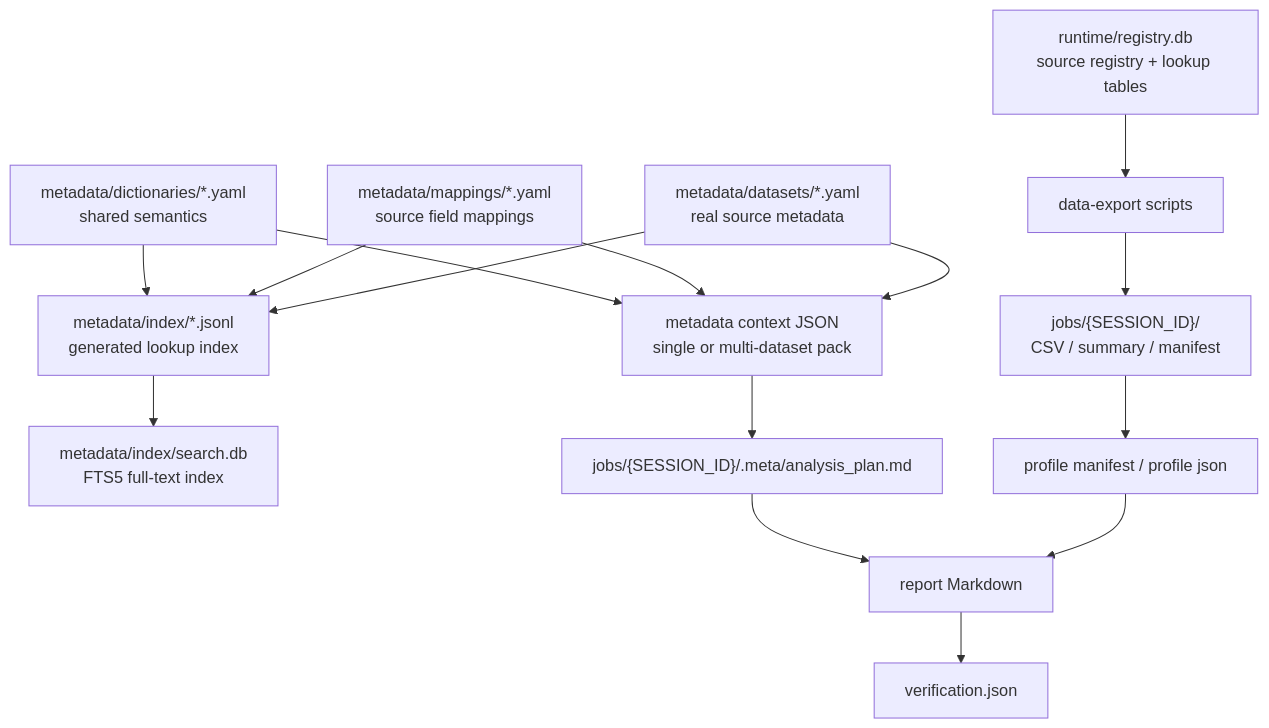
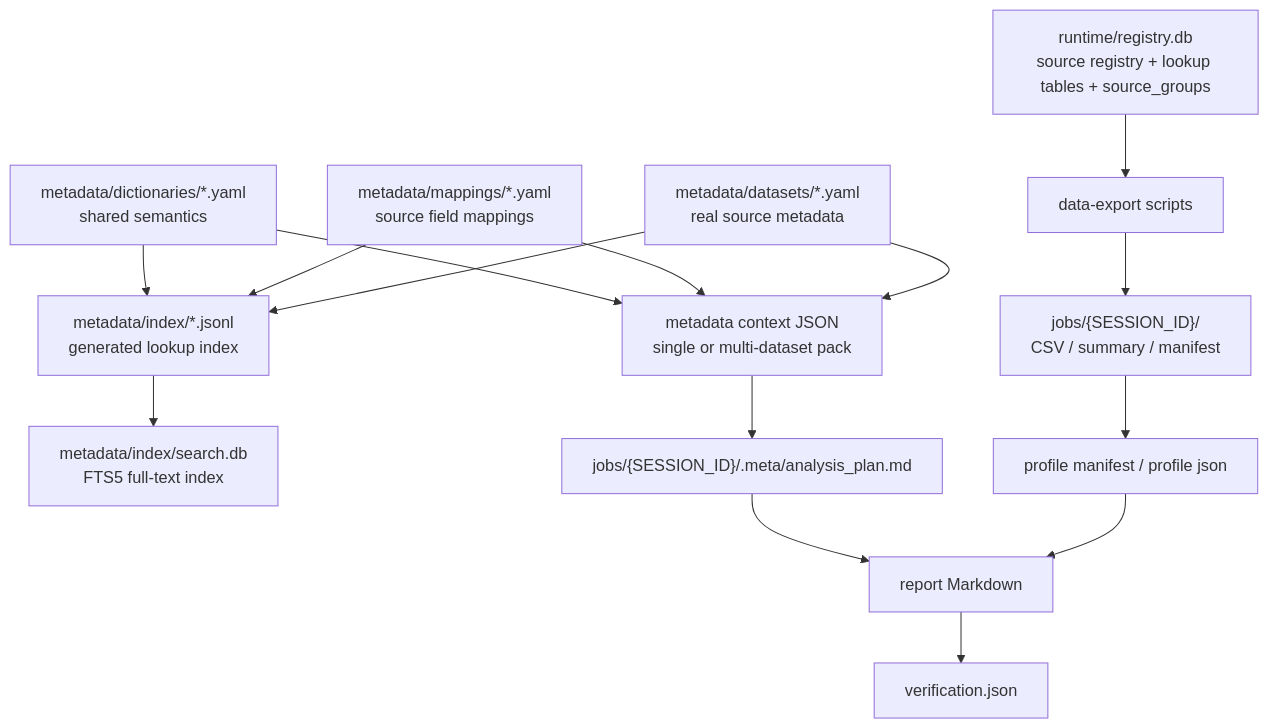
Before and after one commit to dabaige53/RealAnalyst: the second of 3 diagrams in docs/architecture.md, drawn with Mermaid. The commit also changed other lines of this file and 3 other files, not shown here.

````diff
--- a/docs/architecture.md
+++ b/docs/architecture.md
@@ -36,17 +36,17 @@
 ```mermaid
 flowchart TD
     Dictionaries["metadata/dictionaries/*.yaml<br/>shared semantics"] --> IndexFile["metadata/index/*.jsonl<br/>generated lookup index"]
     Mappings["metadata/mappings/*.yaml<br/>source field mappings"] --> IndexFile
     Dataset["metadata/datasets/*.yaml<br/>real source metadata"] --> IndexFile
     IndexFile --> FTS5["metadata/index/search.db<br/>FTS5 full-text index"]
     Dictionaries --> ContextJson["metadata context JSON<br/>single or multi-dataset pack"]
     Mappings --> ContextJson
     Dataset --> ContextJson
-    Registry["runtime/registry.db<br/>source registry + lookup tables"] --> ExportScript["data-export scripts"]
+    Registry["runtime/registry.db<br/>source registry + lookup tables + source_groups"] --> ExportScript["data-export scripts"]
     ContextJson --> PlanDoc["jobs/{SESSION_ID}/.meta/analysis_plan.md"]
     ExportScript --> JobData["jobs/{SESSION_ID}/<br/>CSV / summary / manifest"]
     JobData --> ProfileJson["profile manifest / profile json"]
     PlanDoc --> ReportMd["report Markdown"]
     ProfileJson --> ReportMd
     ReportMd --> Verification["verification.json"]
 ```
````
